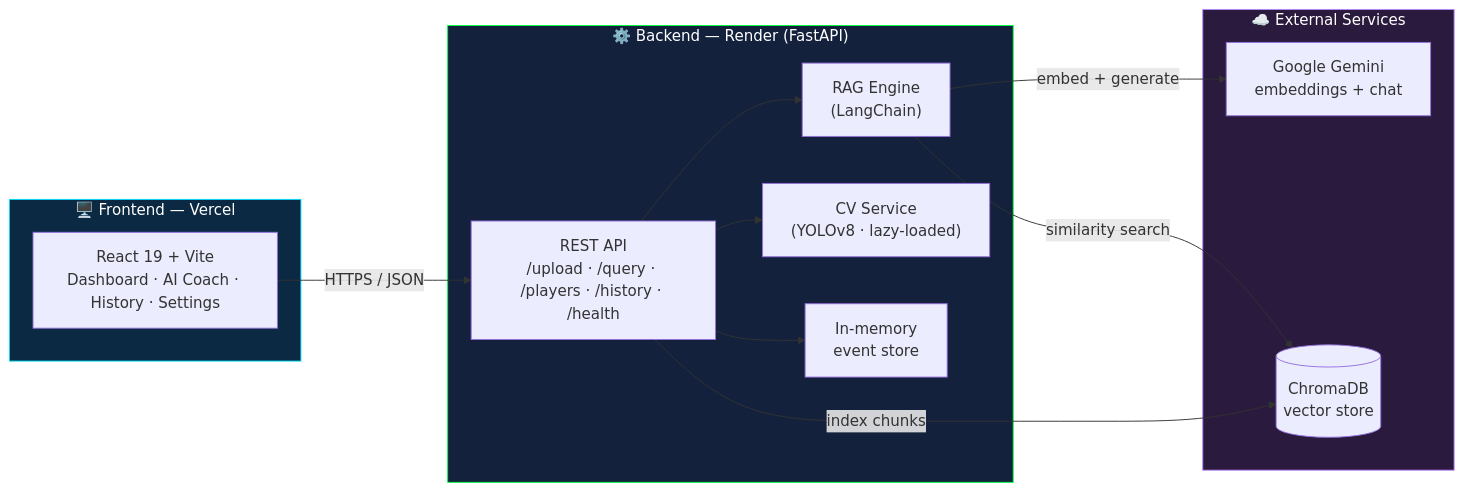
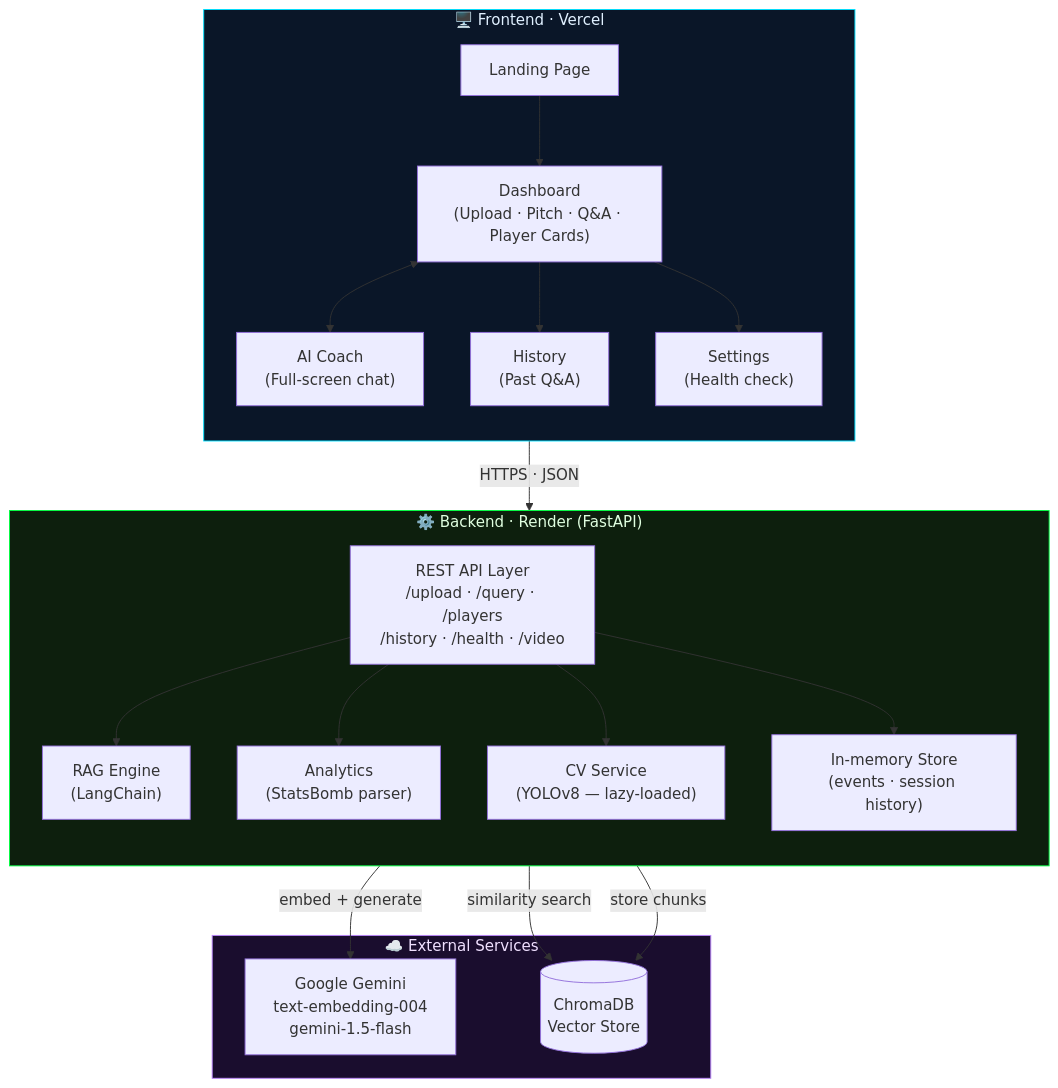
The first of 7 diagrams in README.md (MayankSinghRaghav/FootIQ), drawn with Mermaid before and after one commit. The commit also changed other lines of this file, not shown here.

First line of the commit message:
docs: overhaul README with full diagrams and workflow

````diff
--- a/README.md
+++ b/README.md
@@ -60,30 +76,42 @@
 ```mermaid
-flowchart LR
-    subgraph Client["🖥️ Frontend — Vercel"]
-        UI["React 19 + Vite<br/>Dashboard · AI Coach · History · Settings"]
+flowchart TB
+    subgraph FE["🖥️  Frontend  ·  Vercel"]
+        direction TB
+        LP["Landing Page"]
+        DB["Dashboard\n(Upload · Pitch · Q&A · Player Cards)"]
+        AI["AI Coach\n(Full-screen chat)"]
+        HI["History\n(Past Q&A)"]
+        SE["Settings\n(Health check)"]
+        LP --> DB
+        DB <--> AI
+        DB --> HI
+        DB --> SE
     end
 
-    subgraph Server["⚙️ Backend — Render (FastAPI)"]
-        API["REST API<br/>/upload · /query · /players · /history · /health"]
-        RAG["RAG Engine<br/>(LangChain)"]
-        CV["CV Service<br/>(YOLOv8 · lazy-loaded)"]
-        STORE["In-memory<br/>event store"]
+    subgraph BE["⚙️  Backend  ·  Render (FastAPI)"]
+        direction TB
+        API["REST API Layer\n/upload · /query · /players\n/history · /health · /video"]
+        RAG["RAG Engine\n(LangChain)"]
+        ANA["Analytics\n(StatsBomb parser)"]
+        CV["CV Service\n(YOLOv8 — lazy-loaded)"]
+        MEM["In-memory Store\n(events · session history)"]
+        API --> RAG
+        API --> ANA
+        API --> CV
+        API --> MEM
     end
 
-    subgraph External["☁️ External Services"]
-        GEMINI["Google Gemini<br/>embeddings + chat"]
-        CHROMA[("ChromaDB<br/>vector store")]
+    subgraph EXT["☁️  External Services"]
+        GEM["Google Gemini\ntext-embedding-004\ngemini-1.5-flash"]
+        CHR[("ChromaDB\nVector Store")]
     end
 
-    UI -- "HTTPS / JSON" --> API
-    API --> RAG
-    API --> CV
-    API --> STORE
-    RAG -- "embed + generate" --> GEMINI
-    RAG -- "similarity search" --> CHROMA
-    API -- "index chunks" --> CHROMA
+    FE -- "HTTPS · JSON" --> BE
+    RAG -- "embed + generate" --> GEM
+    RAG -- "similarity search" --> CHR
+    API -- "store chunks" --> CHR
 
-    style Client fill:#0b2942,stroke:#00e0ff,color:#fff
-    style Server fill:#14213d,stroke:#00ff41,color:#fff
-    style External fill:#2a1a3d,stroke:#bb86fc,color:#fff
+    style FE fill:#0a1628,stroke:#00e0ff,color:#e0f0ff
+    style BE fill:#0d1f0d,stroke:#00ff41,color:#e0ffe0
+    style EXT fill:#1a0d2e,stroke:#bb86fc,color:#f0e0ff
 ```
````
